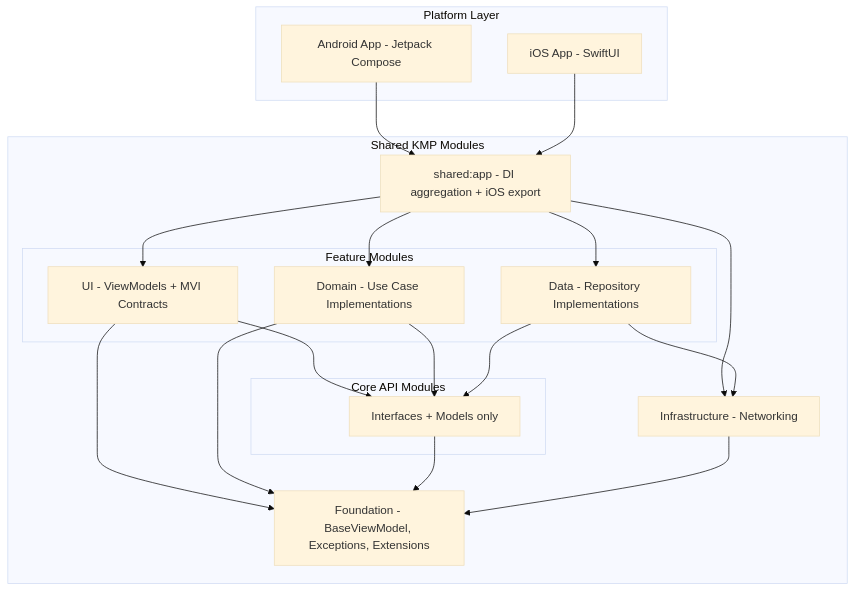
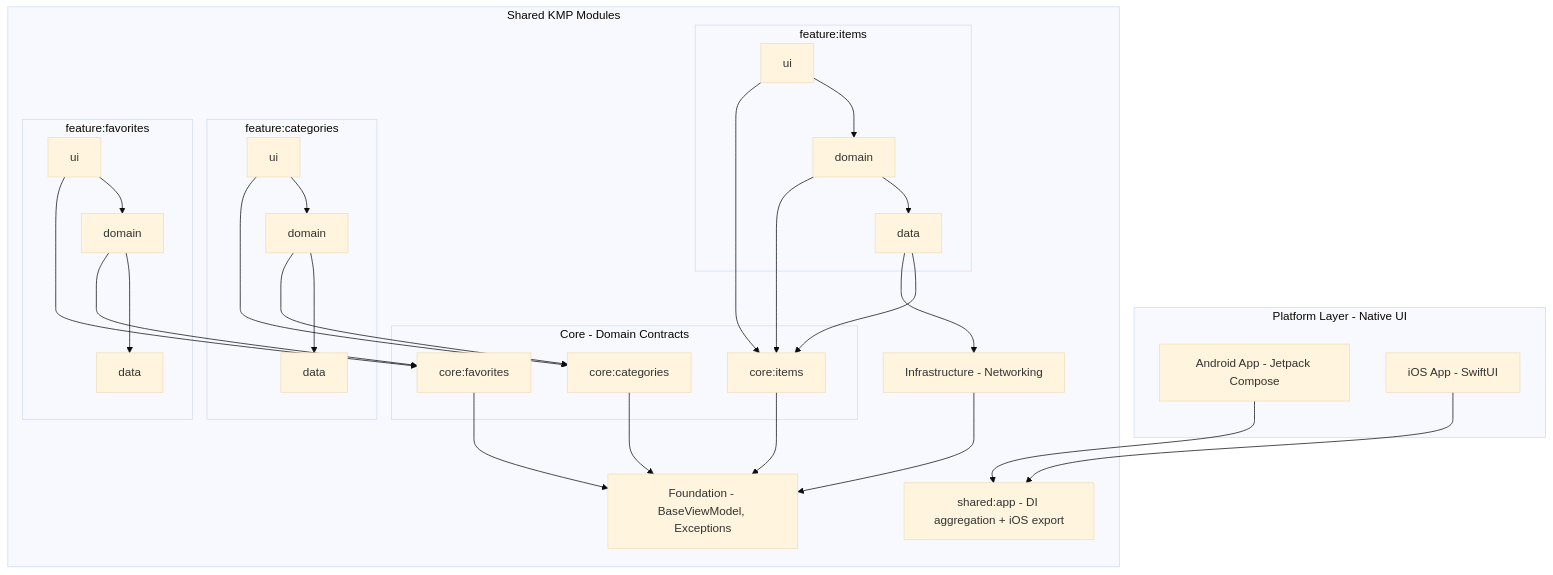
One commit to Ashanen/Castociasto changed the first of 9 diagrams in README.md. Above: the diagram before and after it, drawn with Mermaid (base theme). The commit also changed other lines of this file, not shown here.

Commit message:
Update README: feature isolation, domain-centric architecture, remove custom colors

````diff
--- a/README.md
+++ b/README.md
@@ -24,39 +24,51 @@
 ```mermaid
 graph TB
-    subgraph Platform["Platform Layer"]
+    subgraph Platform["Platform Layer - Native UI"]
         Android[Android App - Jetpack Compose]
         iOS[iOS App - SwiftUI]
     end
 
     subgraph Shared["Shared KMP Modules"]
         App[shared:app - DI aggregation + iOS export]
 
-        subgraph Features["Feature Modules"]
-            UI[UI - ViewModels + MVI Contracts]
-            Domain[Domain - Use Case Implementations]
-            Data[Data - Repository Implementations]
+        subgraph Feature1["feature:items"]
+            IU[ui] --> IDom[domain] --> IData[data]
         end
 
-        subgraph Core["Core API Modules"]
-            CoreAPI[Interfaces + Models only]
+        subgraph Feature2["feature:categories"]
+            CU[ui] --> CDom[domain] --> CData[data]
+        end
+
+        subgraph Feature3["feature:favorites"]
+            FU[ui] --> FDom[domain] --> FData[data]
+        end
+
+        subgraph Core["Core - Domain Contracts"]
+            CoreItems[core:items]
+            CoreCat[core:categories]
+            CoreFav[core:favorites]
         end
 
         Infra[Infrastructure - Networking]
-        Foundation[Foundation - BaseViewModel, Exceptions, Extensions]
+        Foundation[Foundation - BaseViewModel, Exceptions]
     end
 
     Android --> App
     iOS --> App
-    App --> UI
-    App --> Domain
-    App --> Data
-    App --> Infra
-    UI --> CoreAPI
-    UI --> Foundation
-    Domain --> CoreAPI
-    Domain --> Foundation
-    Data --> CoreAPI
-    Data --> Infra
-    CoreAPI --> Foundation
+
+    IU --> CoreItems
+    IDom --> CoreItems
+    IData --> CoreItems
+    IData --> Infra
+
+    CU --> CoreCat
+    CDom --> CoreCat
+
+    FU --> CoreFav
+    FDom --> CoreFav
+
+    CoreItems --> Foundation
+    CoreCat --> Foundation
+    CoreFav --> Foundation
     Infra --> Foundation
 ```
````
